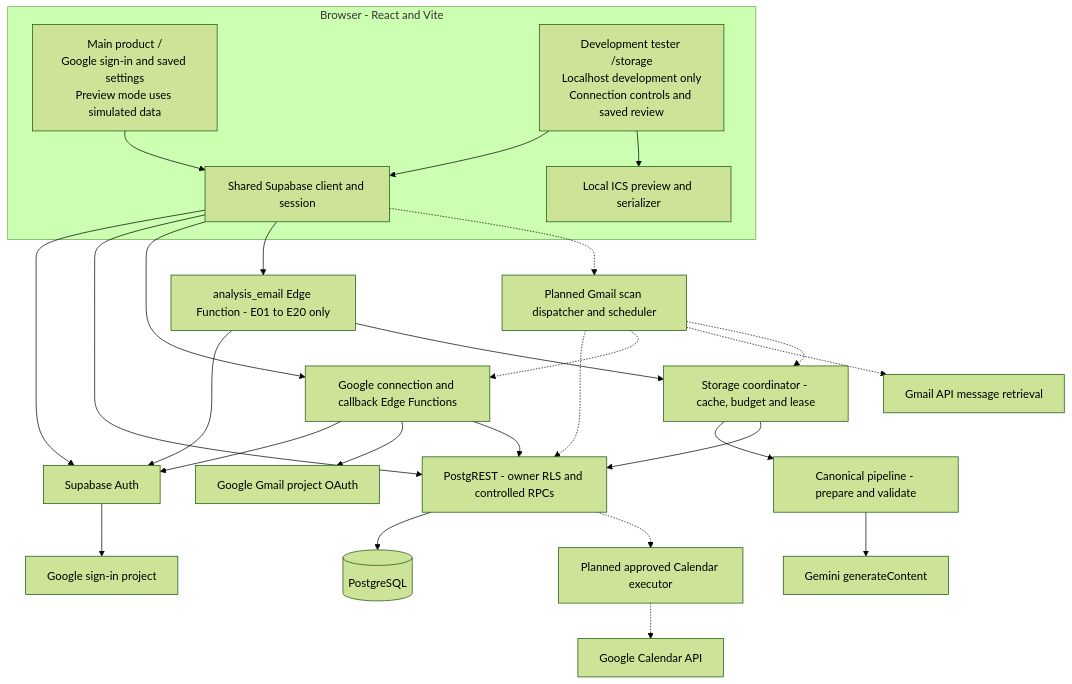
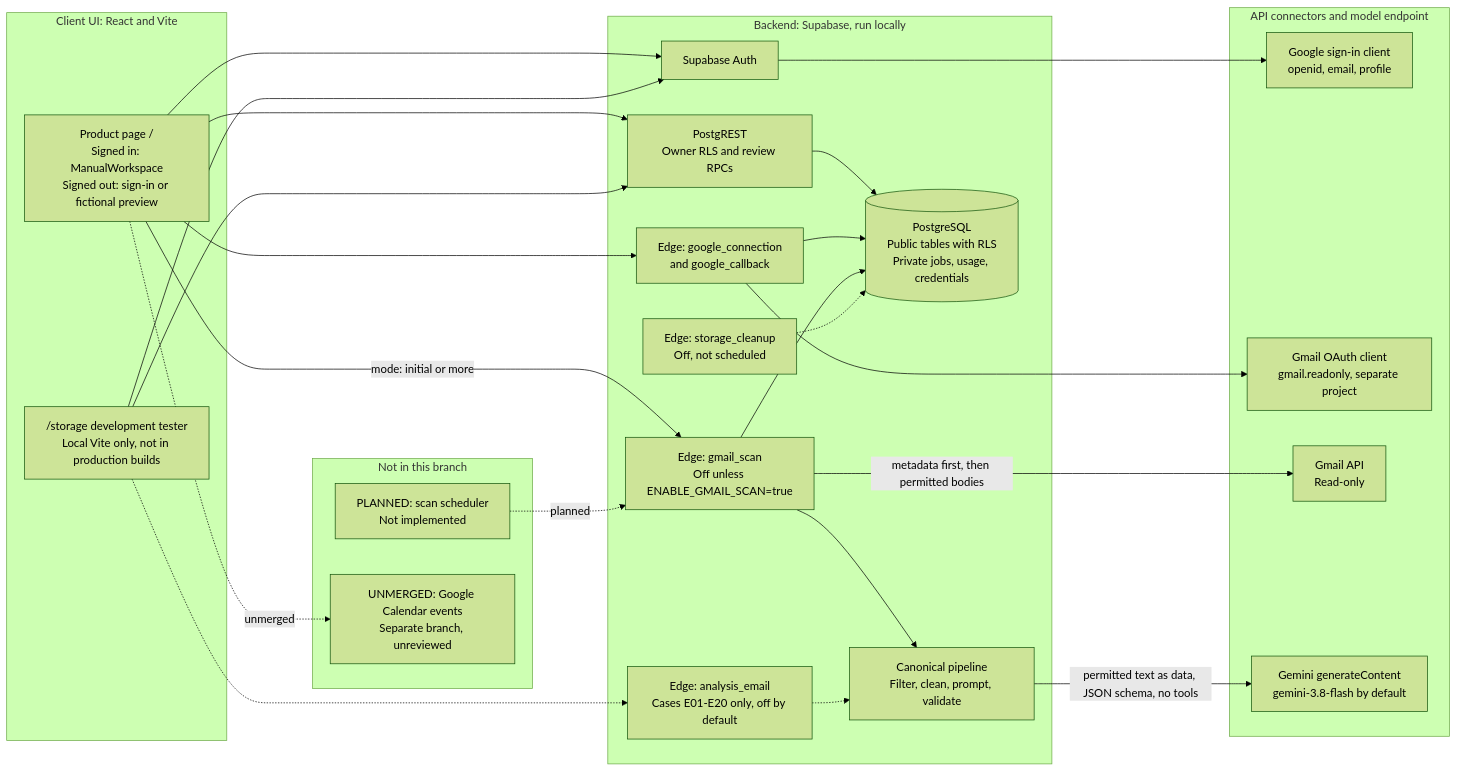
Before and after one commit to saniashah012/InboxToTask: the first of 2 diagrams in Checkpoint 3/docs/architecture.md, drawn with Mermaid (forest theme). The commit also changed other lines of this file and 14 other files, not shown here.

````diff
--- a/Checkpoint 3/docs/architecture.md
+++ b/Checkpoint 3/docs/architecture.md
@@ -9,48 +21,50 @@
 ```mermaid
-flowchart TD
-  subgraph Browser[Browser - React and Vite]
-    Product["Main product /\nGoogle sign-in and saved settings\nPreview mode uses simulated data"]
-    Dev["Development tester /storage\nLocalhost development only\nConnection controls and saved review"]
-    Shared[Shared Supabase client and session]
-    ICS[Local ICS preview and serializer]
-    Product --> Shared
-    Dev --> Shared
-    Dev --> ICS
+flowchart LR
+  subgraph Client["Client UI: React and Vite"]
+    Product["Product page /<br/>Signed in: ManualWorkspace<br/>Signed out: sign-in or fictional preview"]
+    Dev["/storage development tester<br/>Local Vite only, not in production builds"]
   end
-  Auth[Supabase Auth]
-  GoogleID[Google sign-in project]
-  GoogleMail[Google Gmail project OAuth]
-  API[PostgREST - owner RLS and controlled RPCs]
-  DB[(PostgreSQL)]
-  OAuth[Google connection and callback Edge Functions]
-  Fixture[analysis_email Edge Function - E01 to E20 only]
-  Pipeline[Canonical pipeline - prepare and validate]
-  Coordinator[Storage coordinator - cache, budget and lease]
-  Gemini[Gemini generateContent]
-  Scan[Planned Gmail scan dispatcher and scheduler]
-  Gmail[Gmail API message retrieval]
-  Calendar[Planned approved Calendar executor]
-  CalendarAPI[Google Calendar API]
 
-  Shared --> Auth
-  Auth --> GoogleID
-  Shared --> API
-  API --> DB
-  Shared --> OAuth
-  OAuth --> Auth
-  OAuth --> GoogleMail
-  OAuth --> API
-  Shared --> Fixture
-  Fixture --> Auth
-  Fixture --> Coordinator
-  Coordinator --> Pipeline
-  Coordinator --> API
-  Pipeline --> Gemini
-  Shared -.-> Scan
-  Scan -.-> API
-  Scan -.-> OAuth
-  Scan -.-> Gmail
-  Scan -.-> Coordinator
-  API -.-> Calendar
-  Calendar -.-> CalendarAPI
+  subgraph Backend["Backend: Supabase, run locally"]
+    Auth["Supabase Auth"]
+    Rest["PostgREST<br/>Owner RLS and review RPCs"]
+    Connect["Edge: google_connection<br/>and google_callback"]
+    Scan["Edge: gmail_scan<br/>Off unless ENABLE_GMAIL_SCAN=true"]
+    Pipeline["Canonical pipeline<br/>Filter, clean, prompt, validate"]
+    Fixture["Edge: analysis_email<br/>Cases E01-E20 only, off by default"]
+    Cleanup["Edge: storage_cleanup<br/>Off, not scheduled"]
+    DB[("PostgreSQL<br/>Public tables with RLS<br/>Private jobs, usage, credentials")]
+  end
+
+  subgraph External["API connectors and model endpoint"]
+    SignIn["Google sign-in client<br/>openid, email, profile"]
+    GmailOAuth["Gmail OAuth client<br/>gmail.readonly, separate project"]
+    GmailAPI["Gmail API<br/>Read-only"]
+    Gemini["Gemini generateContent<br/>gemini-3.8-flash by default"]
+  end
+
+  subgraph Absent["Not in this branch"]
+    Scheduler["PLANNED: scan scheduler<br/>Not implemented"]
+    Calendar["UNMERGED: Google Calendar events<br/>Separate branch, unreviewed"]
+  end
+
+  Product --> Auth
+  Dev --> Auth
+  Auth --> SignIn
+  Product --> Rest
+  Dev --> Rest
+  Rest --> DB
+  Product --> Connect
+  Connect --> GmailOAuth
+  Connect --> DB
+  Product -- "mode: initial or more" --> Scan
+  Scan --> DB
+  Scan -- "metadata first, then permitted bodies" --> GmailAPI
+  Scan --> Pipeline
+  Pipeline -- "permitted text as data, JSON schema, no tools" --> Gemini
+  Dev -.-> Fixture
+  Fixture -.-> Pipeline
+  Cleanup -.-> DB
+  Scheduler -. "planned" .-> Scan
+  Product -. "unmerged" .-> Calendar
 ```
````
